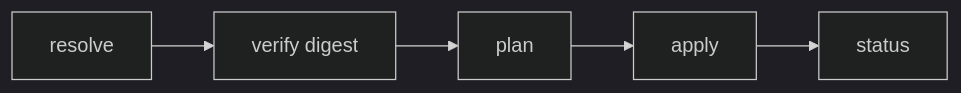
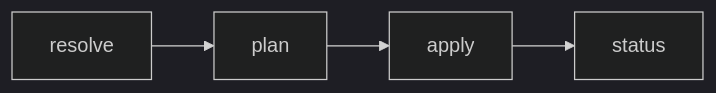
The diagram in docs/reference/architecture.md (NVIDIA/NemoClaw), drawn with Mermaid (dark theme) before and after one commit. The commit also changed other lines of this file and 2 other files, not shown here.

First line of the commit message:
docs: fix stale architecture, commands, and network policy references

````diff
--- a/docs/reference/architecture.md
+++ b/docs/reference/architecture.md
@@ -68,7 +84,6 @@
 ```{mermaid}
 flowchart LR
-    A[resolve] --> B[verify digest]
-    B --> C[plan]
-    C --> D[apply]
-    D --> E[status]
+    A[resolve] --> B[plan]
+    B --> C[apply]
+    C --> D[status]
 ```
````
